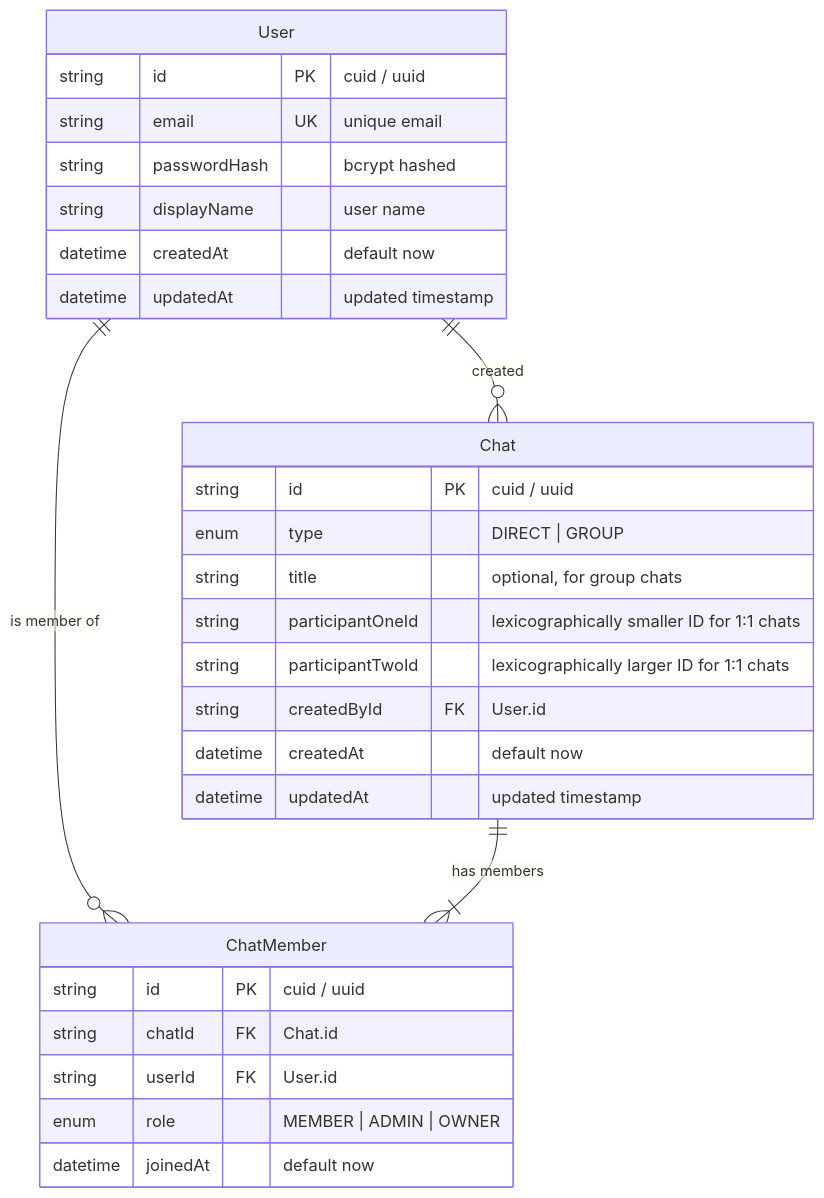
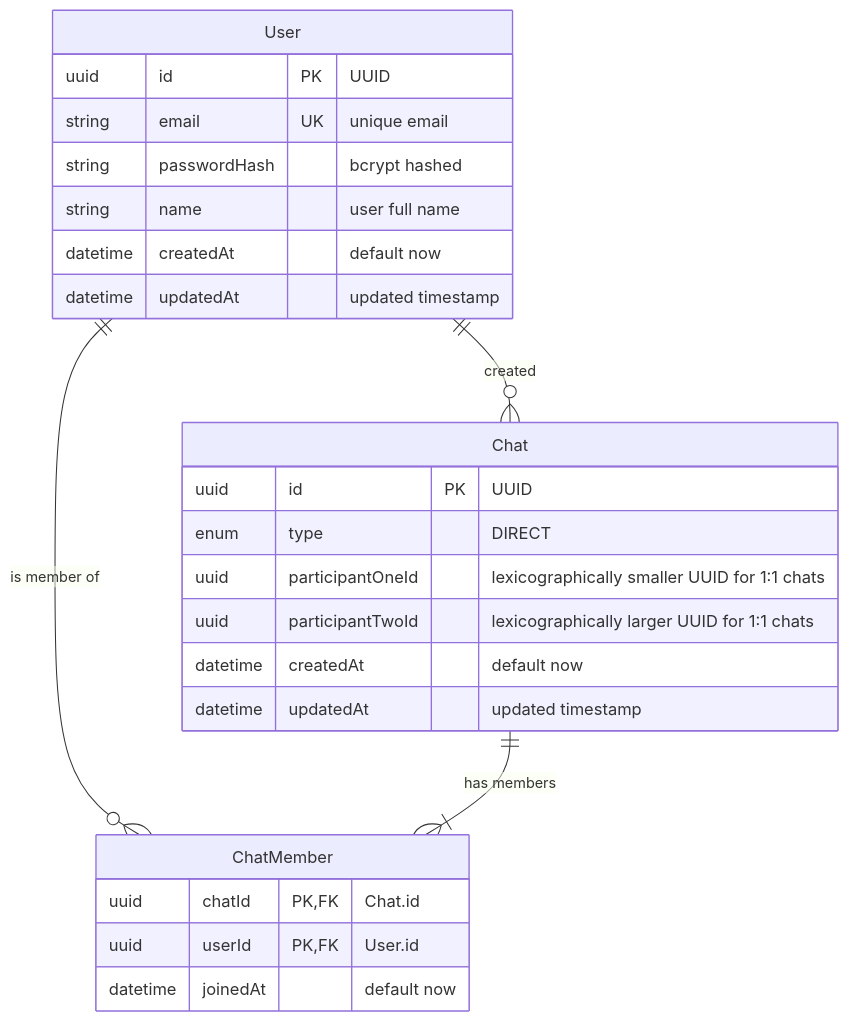
The diagram in docs/architecture.md (parthSudani/chat-machine-test), drawn with Mermaid before and after one commit. The commit also changed 36 other files, not shown here.

Commit message:
feat: complete Phase 2 database schema, migrations, user auth, and chat creation

````diff
--- a/docs/architecture.md
+++ b/docs/architecture.md
@@ -52,34 +52,30 @@
 ```mermaid
 erDiagram
     User ||--o{ ChatMember : "is member of"
     User ||--o{ Chat : "created"
     Chat ||--|{ ChatMember : "has members"
 
     User {
-        string id PK "cuid / uuid"
+        uuid id PK "UUID"
         string email UK "unique email"
         string passwordHash "bcrypt hashed"
-        string displayName "user name"
+        string name "user full name"
         datetime createdAt "default now"
         datetime updatedAt "updated timestamp"
     }
 
     Chat {
-        string id PK "cuid / uuid"
-        enum type "DIRECT | GROUP"
-        string title "optional, for group chats"
-        string participantOneId "lexicographically smaller ID for 1:1 chats"
-        string participantTwoId "lexicographically larger ID for 1:1 chats"
-        string createdById FK "User.id"
+        uuid id PK "UUID"
+        enum type "DIRECT"
+        uuid participantOneId "lexicographically smaller UUID for 1:1 chats"
+        uuid participantTwoId "lexicographically larger UUID for 1:1 chats"
         datetime createdAt "default now"
         datetime updatedAt "updated timestamp"
     }
 
     ChatMember {
-        string id PK "cuid / uuid"
-        string chatId FK "Chat.id"
-        string userId FK "User.id"
-        enum role "MEMBER | ADMIN | OWNER"
+        uuid chatId PK,FK "Chat.id"
+        uuid userId PK,FK "User.id"
         datetime joinedAt "default now"
     }
 ```
````
